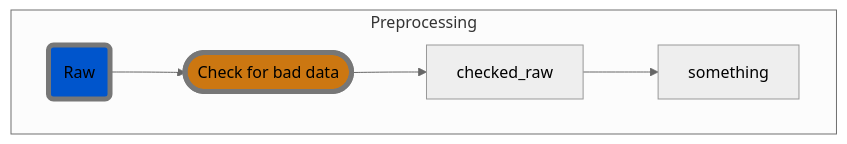
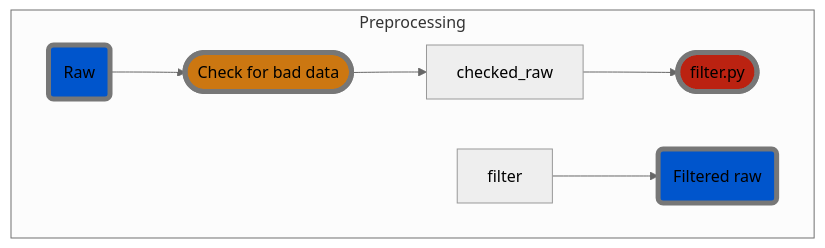
One commit to hiroyoshi-yamasaki/MNE-MVPA changed the diagram in README.md. Above: the diagram before and after it, drawn with Mermaid (neutral theme).

Commit message:
mermaid not working on github

````diff
--- a/README.md
+++ b/README.md
@@ -4,21 +4,24 @@
 ```mermaid
 graph TD
     %% Processes
     classDef automatic_process fill: #b21, stroke-width: 5px, stroke: #777
     classDef manual_process fill: #c71, stroke-width: 5px, stroke: #777
     
     %% Data
     classDef mne_data fill: #05c, stroke-width: 5px, stroke: #777
     classDef event_data fill: #260, stroke-width: 5px, stroke: #777
     classDef other_data fill: #55c, stroke-width: 5px, stroke: #777
 
     %% Preprocessing MEG data
     subgraph "Preprocessing"
     
         %% Manual check for bad channels, artefacts etc.
         raw_data("Raw"):::mne_data --> check_raw(["Check for bad data"]):::manual_process;
         check_raw --> checked_raw;
-        checked_raw --> something;
+        
+        %% Filter the raw files
+        checked_raw --> filter_raw(["filter.py"]):::automatic_process;
+        filter --> filtered_raw("Filtered raw"):::mne_data;
     end
     
 ```
````
